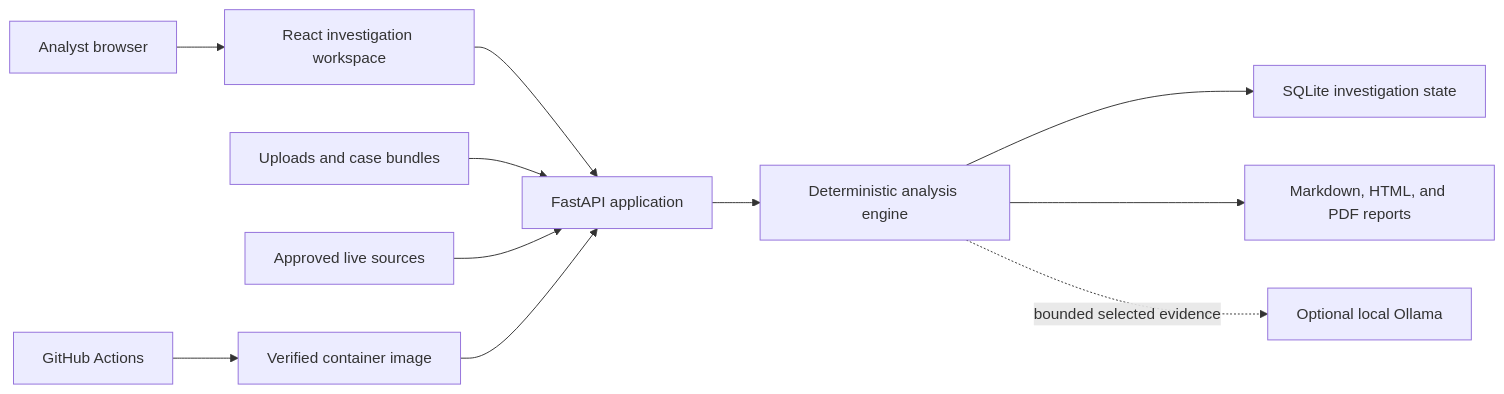
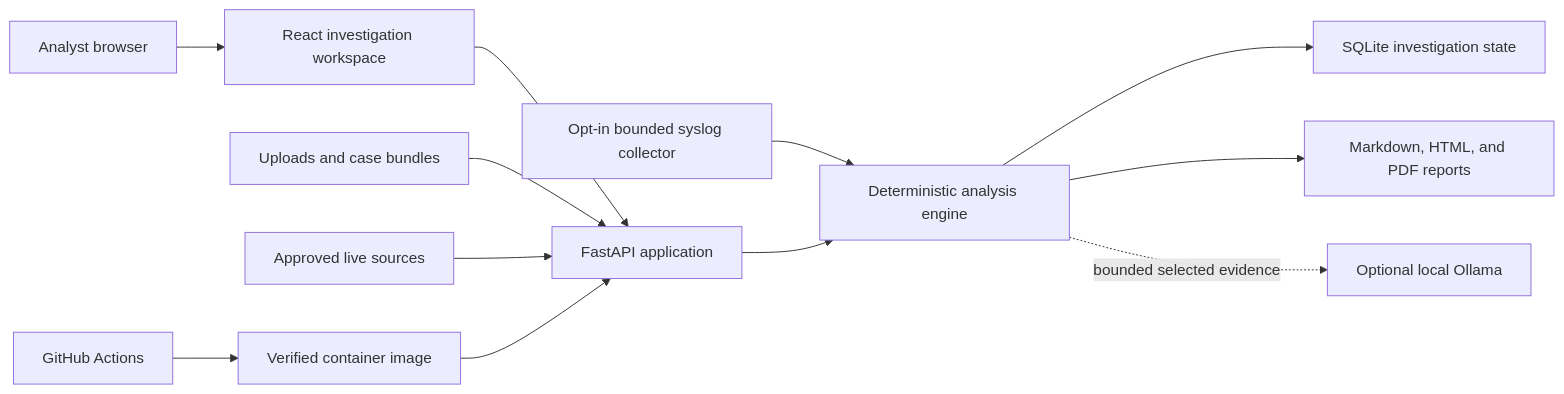
One commit to 0zB0/Security-Log-Analyzer changed the first of 3 diagrams in docs/architecture.md. Above: the diagram before and after it, drawn with Mermaid. The commit also changed other lines of this file and 156 other files, not shown here.

````diff
--- a/docs/architecture.md
+++ b/docs/architecture.md
@@ -17,13 +17,14 @@
 ```mermaid
 flowchart LR
     A["Analyst browser"] --> W["React investigation workspace"]
     W --> API["FastAPI application"]
     U["Uploads and case bundles"] --> API
     L["Approved live sources"] --> API
+    S["Opt-in bounded syslog collector"] --> E
     API --> E["Deterministic analysis engine"]
     E --> DB["SQLite investigation state"]
     E --> R["Markdown, HTML, and PDF reports"]
     E -. "bounded selected evidence" .-> O["Optional local Ollama"]
     CI["GitHub Actions"] --> C["Verified container image"]
     C --> API
 ```
````
